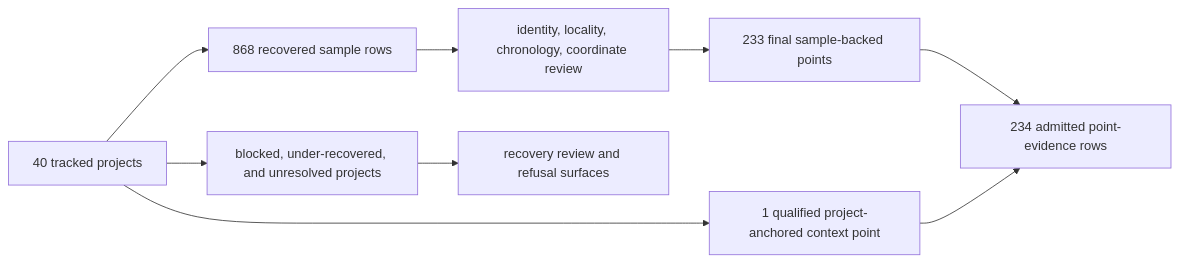
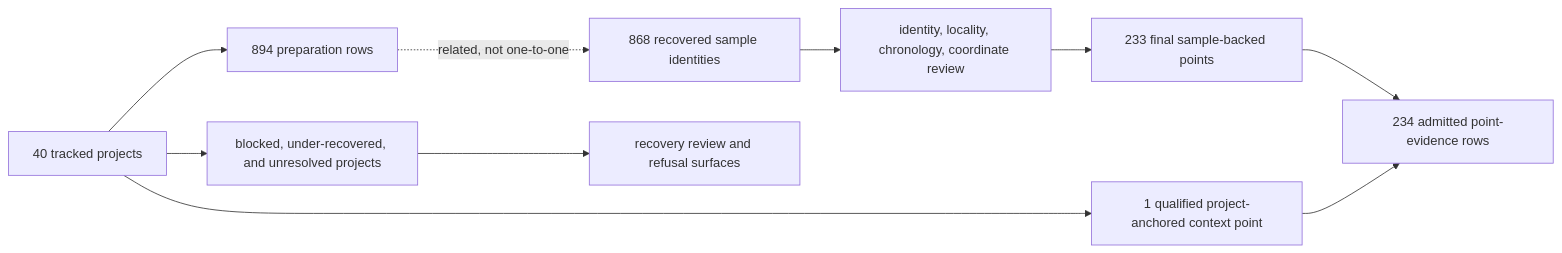
One commit to bijux/bijux-pollenomics changed the third of 4 diagrams in docs/public/pollenomics-data/overview/animal-ancient-dna-evidence.md. Above: the diagram before and after it, drawn with Mermaid. The commit also changed other lines of this file and 1 other file, not shown here.

Commit message:
docs(sources): expose animal preparation blocker classes

````diff
--- a/docs/public/pollenomics-data/overview/animal-ancient-dna-evidence.md
+++ b/docs/public/pollenomics-data/overview/animal-ancient-dna-evidence.md
@@ -115,11 +132,12 @@
 ```mermaid
 flowchart LR
-    Inventory["40 tracked projects"] --> Recovery["868 recovered sample rows"]
+    Inventory["40 tracked projects"] --> Foundation["894 preparation rows"]
+    Foundation -. "related, not one-to-one" .-> Recovery["868 recovered sample identities"]
     Recovery --> Review["identity, locality, chronology, coordinate review"]
     Review --> Samples["233 final sample-backed points"]
     Inventory --> Context["1 qualified project-anchored context point"]
     Samples --> Points["234 admitted point-evidence rows"]
     Context --> Points
     Inventory --> Gaps["blocked, under-recovered, and unresolved projects"]
     Gaps --> Accountability["recovery review and refusal surfaces"]
 ```
````
